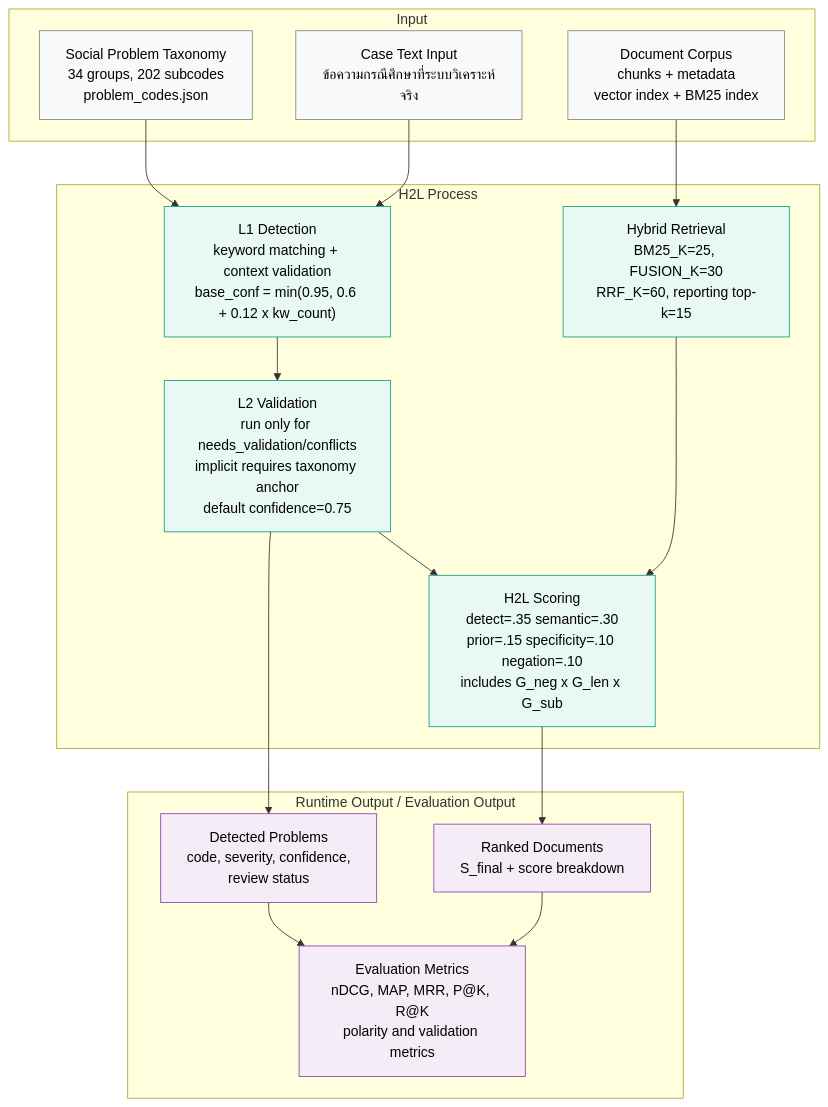
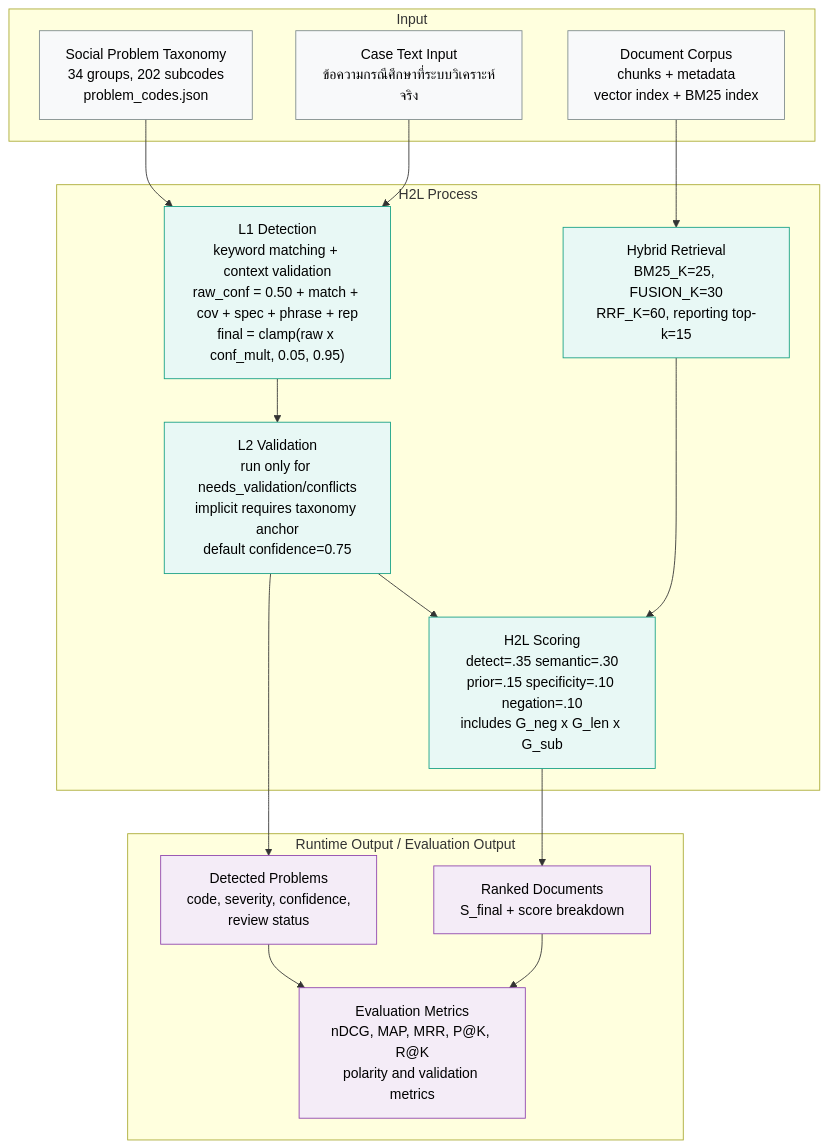
The first of 5 diagrams in md_report/thesis_framework_and_math_flow.md (Mickeychay/thesis_one-), drawn with Mermaid before and after one commit. The commit also changed other lines of this file and 7 other files, not shown here.

````diff
--- a/md_report/thesis_framework_and_math_flow.md
+++ b/md_report/thesis_framework_and_math_flow.md
@@ -25,36 +25,36 @@
 ```mermaid
 flowchart TD
     classDef inputNode fill:#f8f9fa,stroke:#7f8c8d,stroke-width:1px,color:#000
     classDef processNode fill:#e8f8f5,stroke:#16a085,stroke-width:1px,color:#000
     classDef outputNode fill:#f4ecf7,stroke:#8e44ad,stroke-width:1px,color:#000
 
     subgraph INPUT ["Input"]
         I1["Social Problem Taxonomy<br/>34 groups, 202 subcodes<br/>problem_codes.json"]:::inputNode
         I2["Case Text Input<br/>ข้อความกรณีศึกษาที่ระบบวิเคราะห์จริง"]:::inputNode
         I3["Document Corpus<br/>chunks + metadata<br/>vector index + BM25 index"]:::inputNode
     end
 
     subgraph PROCESS ["H2L Process"]
-        P1["L1 Detection<br/>keyword matching + context validation<br/>base_conf = min(0.95, 0.6 + 0.12 x kw_count)"]:::processNode
+        P1["L1 Detection<br/>keyword matching + context validation<br/>raw_conf = 0.50 + match + cov + spec + phrase + rep<br/>final = clamp(raw x conf_mult, 0.05, 0.95)"]:::processNode
         P2["L2 Validation<br/>run only for needs_validation/conflicts<br/>implicit requires taxonomy anchor<br/>default confidence=0.75"]:::processNode
         P3["Hybrid Retrieval<br/>BM25_K=25, FUSION_K=30<br/>RRF_K=60, reporting top-k=15"]:::processNode
         P4["H2L Scoring<br/>detect=.35 semantic=.30<br/>prior=.15 specificity=.10 negation=.10<br/>includes G_neg x G_len x G_sub"]:::processNode
     end
 
     subgraph OUTPUT ["Runtime Output / Evaluation Output"]
         O1["Detected Problems<br/>code, severity, confidence,<br/>review status"]:::outputNode
         O2["Ranked Documents<br/>S_final + score breakdown"]:::outputNode
         O3["Evaluation Metrics<br/>nDCG, MAP, MRR, P@K, R@K<br/>polarity and validation metrics"]:::outputNode
     end
 
     I1 --> P1
     I2 --> P1
     I3 --> P3
     P1 --> P2
     P2 --> O1
     P2 --> P4
     P3 --> P4
     P4 --> O2
     O1 --> O3
     O2 --> O3
 ```
````
